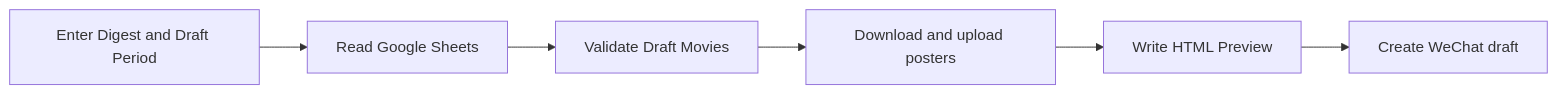
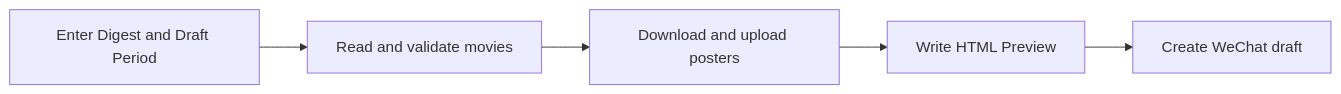
Before and after one commit to chrisYaoO/Movie: the diagram in README.md, drawn with Mermaid. The commit also changed other lines of this file and 2 other files, not shown here.

````diff
--- a/README.md
+++ b/README.md
@@ -15,8 +9,7 @@
 ```mermaid
 flowchart LR
-    A[Enter Digest and Draft Period] --> B[Read Google Sheets]
-    B --> C[Validate Draft Movies]
-    C --> D[Download and upload posters]
-    D --> E[Write HTML Preview]
-    E --> F[Create WeChat draft]
+    A[Enter Digest and Draft Period] --> B[Read and validate movies]
+    B --> C[Download and upload posters]
+    C --> D[Write HTML Preview]
+    D --> E[Create WeChat draft]
 ```
````
